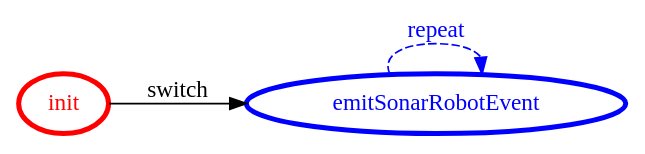
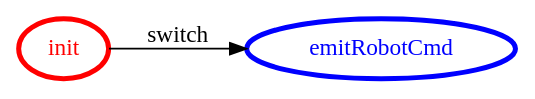
Before and after one commit to FraGio/iss2018: the diagram in it.unibo.projectRobot/srcMore/it/unibo/robotsonar/robotsonar.gv, drawn with Graphviz. The commit also changed 39 other files, not shown here.

```diff
--- a/it.unibo.projectRobot/srcMore/it/unibo/robotsonar/robotsonar.gv
+++ b/it.unibo.projectRobot/srcMore/it/unibo/robotsonar/robotsonar.gv
@@ -1,17 +1,16 @@
 /*
 *
 * A GraphViz DOT FSM description 
 * Please use a GraphViz visualizer (like http://www.webgraphviz.com)
 *  
 */
 
 digraph finite_state_machine {
 	rankdir=LR
 	size="8,5"
 	
 	init [ color = red ][ fontcolor = red ][ penwidth = 3 ]
-	emitSonarRobotEvent [ color = blue ][ fontcolor = blue ][ penwidth = 3 ]
+	emitRobotCmd [ color = blue ][ fontcolor = blue ][ penwidth = 3 ]
 	
-	init -> emitSonarRobotEvent [ label = "switch" ][ color = black ][ fontcolor = black ]
-	emitSonarRobotEvent -> emitSonarRobotEvent [ label = "repeat "][ style = dashed ][ color = blue ][ fontcolor = blue ]
+	init -> emitRobotCmd [ label = "switch" ][ color = black ][ fontcolor = black ]
 }
```
